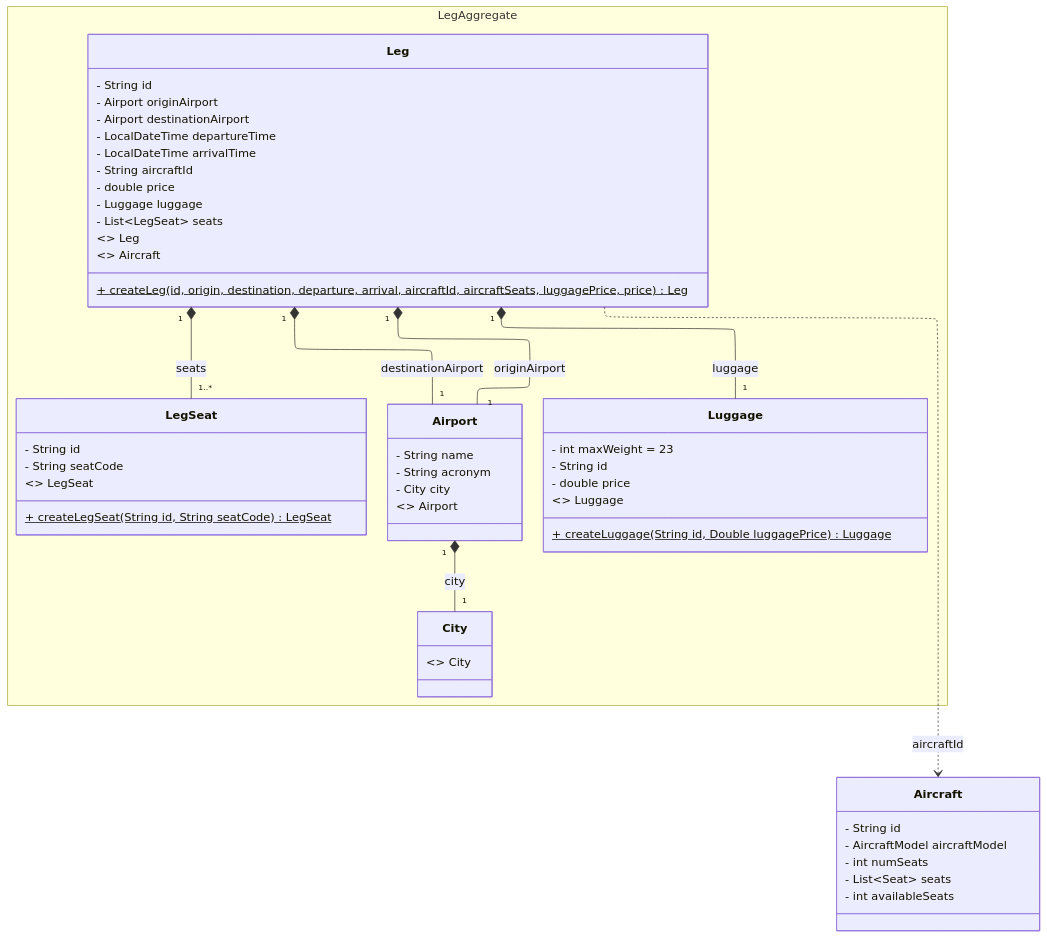
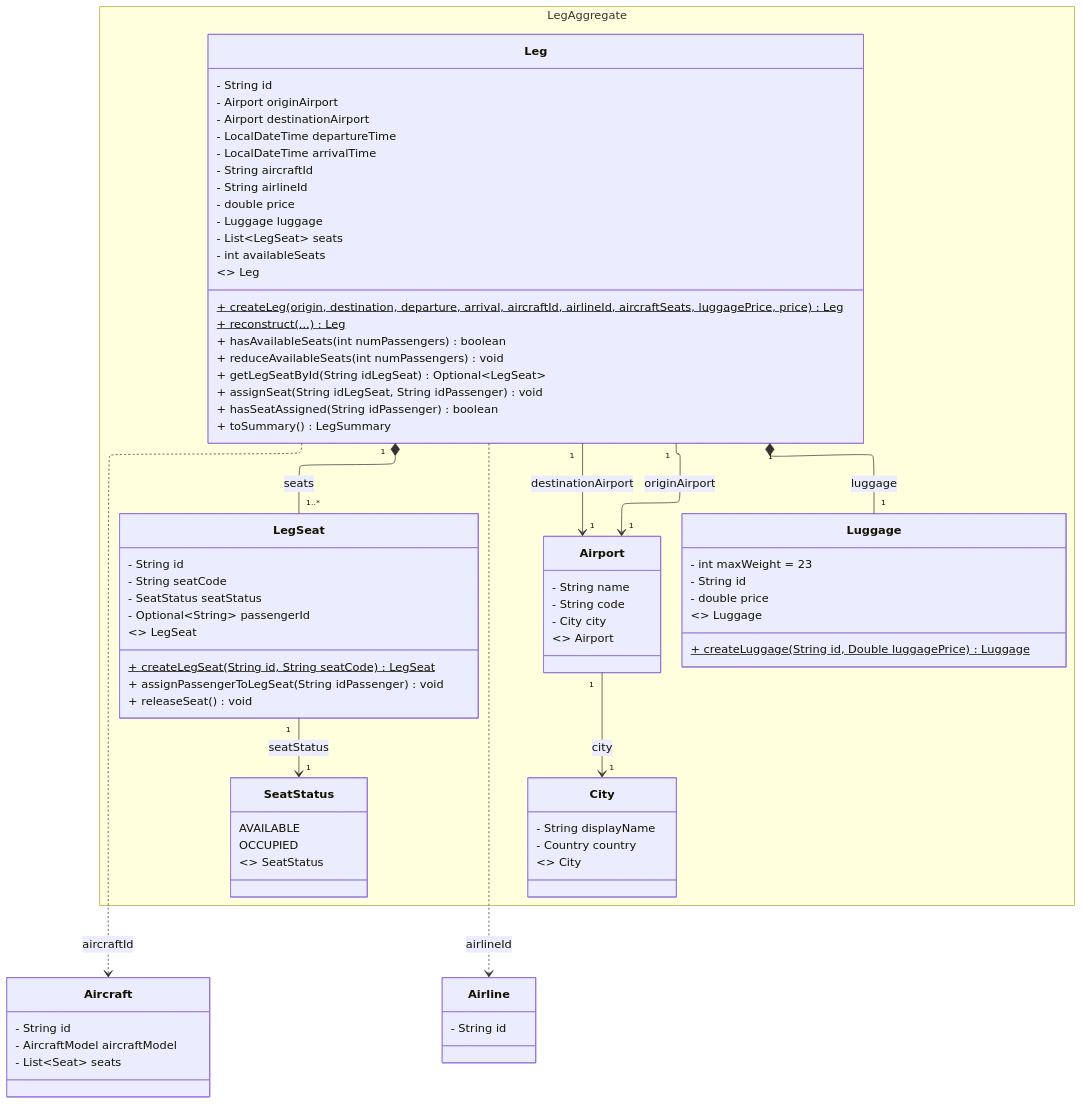
The diagram in docs/leg-aggregate/leg-agregate-code.md (Joab-SC/skyline), drawn with Mermaid before and after one commit. The commit also changed other lines of this file and 15 other files, not shown here.

Commit message:
docs: review all docs against the code after GetBooking merge

````diff
--- a/docs/leg-aggregate/leg-agregate-code.md
+++ b/docs/leg-aggregate/leg-agregate-code.md
@@ -13,16 +13,34 @@
             - LocalDateTime departureTime
             - LocalDateTime arrivalTime
             - String aircraftId
+            - String airlineId
             - double price
             - Luggage luggage
             - List~LegSeat~ seats
-            + createLeg(id, origin, destination, departure, arrival, aircraftId, aircraftSeats, luggagePrice, price) Leg$
+            - int availableSeats
+            + createLeg(origin, destination, departure, arrival, aircraftId, airlineId, aircraftSeats, luggagePrice, price) Leg$
+            + reconstruct(...) Leg$
+            + hasAvailableSeats(int numPassengers) boolean
+            + reduceAvailableSeats(int numPassengers) void
+            + getLegSeatById(String idLegSeat) Optional~LegSeat~
+            + assignSeat(String idLegSeat, String idPassenger) void
+            + hasSeatAssigned(String idPassenger) boolean
+            + toSummary() LegSummary
         }
 
         class LegSeat {
             - String id
             - String seatCode
+            - SeatStatus seatStatus
+            - Optional~String~ passengerId
             + createLegSeat(String id, String seatCode) LegSeat$
+            + assignPassengerToLegSeat(String idPassenger) void
+            + releaseSeat() void
+        }
+
+        class SeatStatus {
+            AVAILABLE
+            OCCUPIED
         }
 
         class Luggage {
@@ -34,35 +52,39 @@
 
         class Airport {
             - String name
-            - String acronym
+            - String code
             - City city
         }
 
         class City {
+            - String displayName
+            - Country country
         }
-
-    }
-    class Aircraft {
-            - String id
-            - AircraftModel aircraftModel
-            - int numSeats
-            - List~Seat~ seats
-            - int availableSeats
     }
 
-    class Luggage
+    class Aircraft {
+        - String id
+        - AircraftModel aircraftModel
+        - List~Seat~ seats
+    }
+
+    class Airline {
+        - String id
+    }
 
     Leg :<<AggregateRoot>> Leg
     LegSeat :<<Entity>> LegSeat
+    SeatStatus :<<enumeration>> SeatStatus
     Luggage :<<Entity>> Luggage
-    Airport :<<ValueObject>> Airport
-    City :<<ValueObject>> City
-    Leg :<<Entity - Airline>> Aircraft
+    Airport :<<enumeration>> Airport
+    City :<<enumeration>> City
 
     Leg "1" *-- "1" Luggage : luggage
     Leg "1" *-- "1..*" LegSeat : seats
-    Leg "1" *-- "1" Airport : originAirport
-    Leg "1" *-- "1" Airport : destinationAirport
-    Airport "1" *-- "1" City : city
+    LegSeat "1" --> "1" SeatStatus : seatStatus
+    Leg "1" --> "1" Airport : originAirport
+    Leg "1" --> "1" Airport : destinationAirport
+    Airport "1" --> "1" City : city
     Leg ..> Aircraft : aircraftId
+    Leg ..> Airline : airlineId
 ```
````
